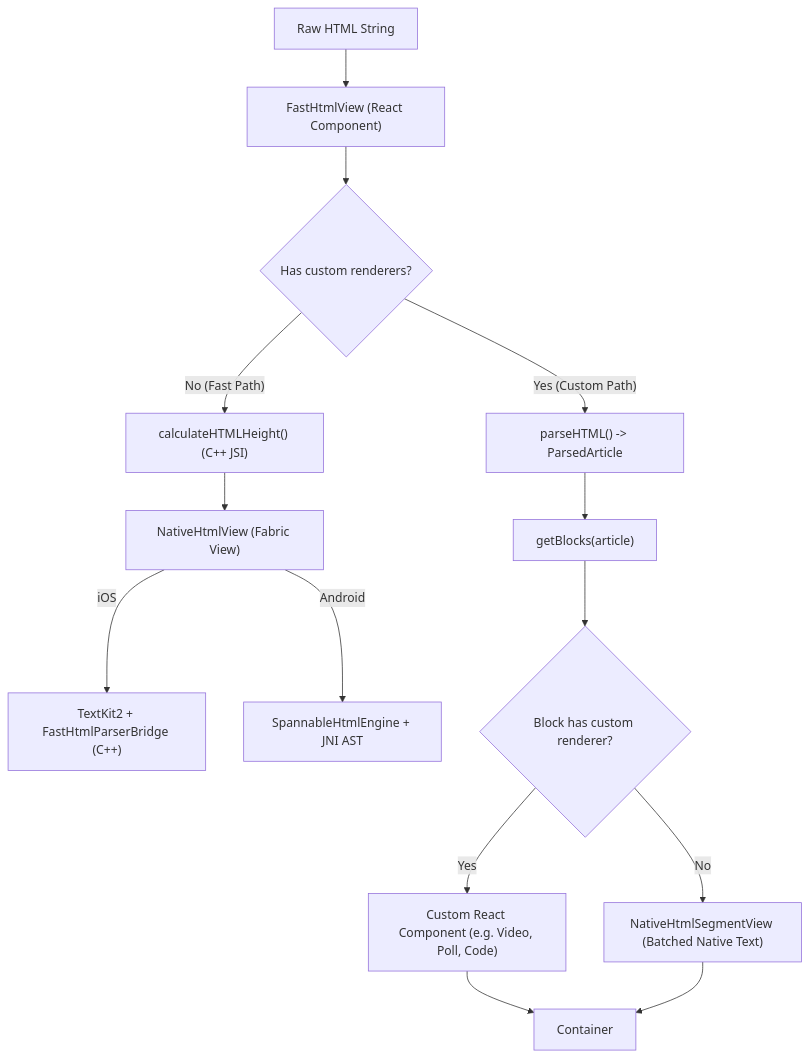
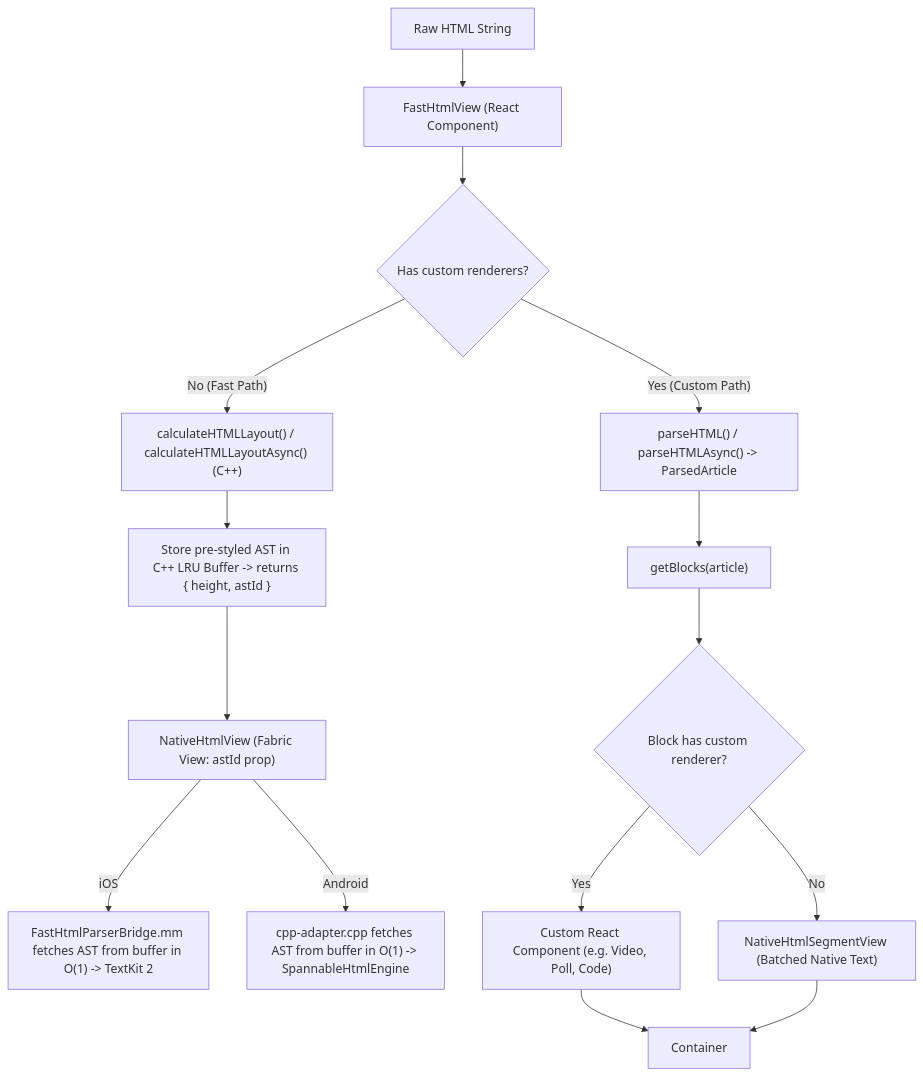
The first of 3 diagrams in CODEBASE_UNDERSTANDING.md (abhishekce17/react-native-nitro-html), drawn with Mermaid before and after one commit. The commit also changed other lines of this file and 17 other files, not shown here.

Commit message:
feat(core): style-aware C++ AST engine, zero-copy memory buffer & async layout calculation

````diff
--- a/CODEBASE_UNDERSTANDING.md
+++ b/CODEBASE_UNDERSTANDING.md
@@ -78,21 +87,22 @@
 ```mermaid
 flowchart TD
     HTML["Raw HTML String"] --> FastHtmlView["FastHtmlView (React Component)"]
     
     FastHtmlView --> CheckRenderers{"Has custom renderers?"}
     
     %% Fast Path
-    CheckRenderers -- "No (Fast Path)" --> JSIHeight["calculateHTMLHeight() (C++ JSI)"]
-    JSIHeight --> NativeView["NativeHtmlView (Fabric View)"]
-    NativeView -- "iOS" --> TextKit2["TextKit2 + FastHtmlParserBridge (C++)"]
-    NativeView -- "Android" --> Spannable["SpannableHtmlEngine + JNI AST"]
+    CheckRenderers -- "No (Fast Path)" --> LayoutCalc["calculateHTMLLayout() / calculateHTMLLayoutAsync() (C++)"]
+    LayoutCalc --> MemoryBuffer["Store pre-styled AST in C++ LRU Buffer -> returns { height, astId }"]
+    MemoryBuffer --> NativeView["NativeHtmlView (Fabric View: astId prop)"]
+    NativeView -- "iOS" --> TextKit2["FastHtmlParserBridge.mm fetches AST from buffer in O(1) -> TextKit 2"]
+    NativeView -- "Android" --> Spannable["cpp-adapter.cpp fetches AST from buffer in O(1) -> SpannableHtmlEngine"]
     
     %% Custom Renderer Path
-    CheckRenderers -- "Yes (Custom Path)" --> CppAST["parseHTML() -> ParsedArticle"]
+    CheckRenderers -- "Yes (Custom Path)" --> CppAST["parseHTML() / parseHTMLAsync() -> ParsedArticle"]
     CppAST --> WalkAST["getBlocks(article)"]
     WalkAST --> MatchBlocks{"Block has custom renderer?"}
     MatchBlocks -- "Yes" --> ReactComp["Custom React Component (e.g. Video, Poll, Code)"]
     MatchBlocks -- "No" --> SegView["NativeHtmlSegmentView (Batched Native Text)"]
     ReactComp --> CombinedOutput["Container <View>"]
     SegView --> CombinedOutput
 ```
````
